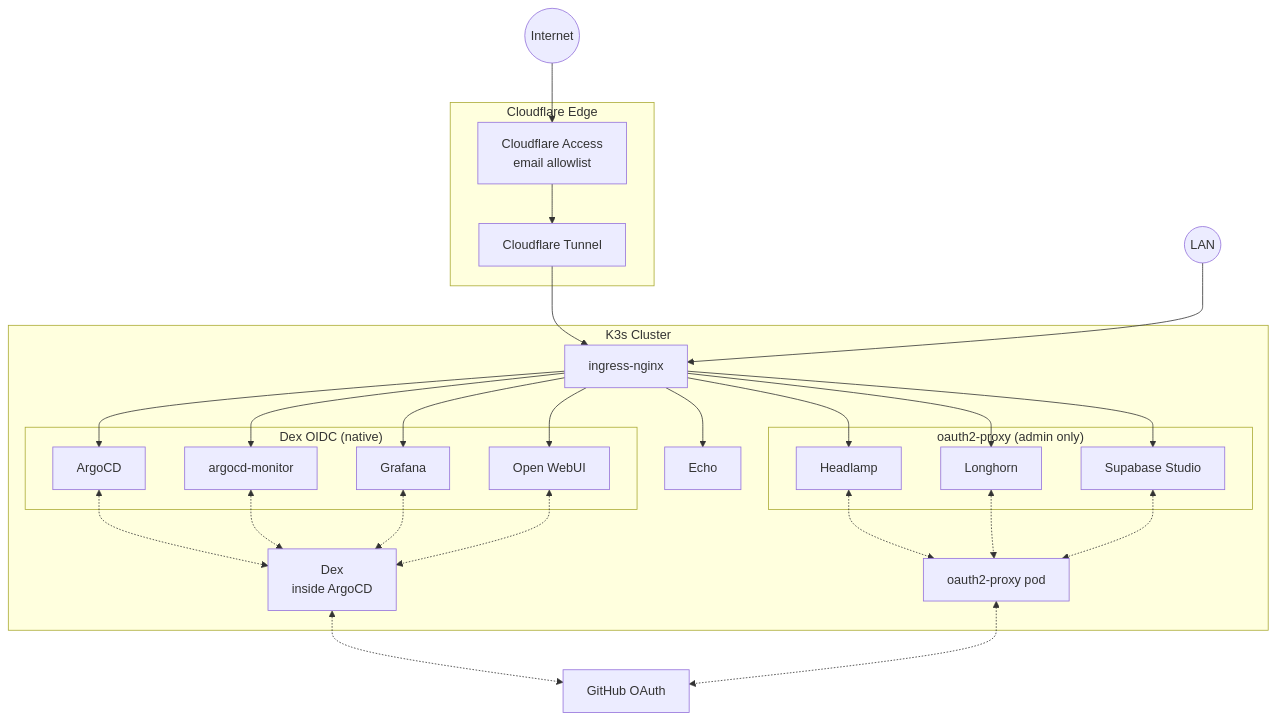
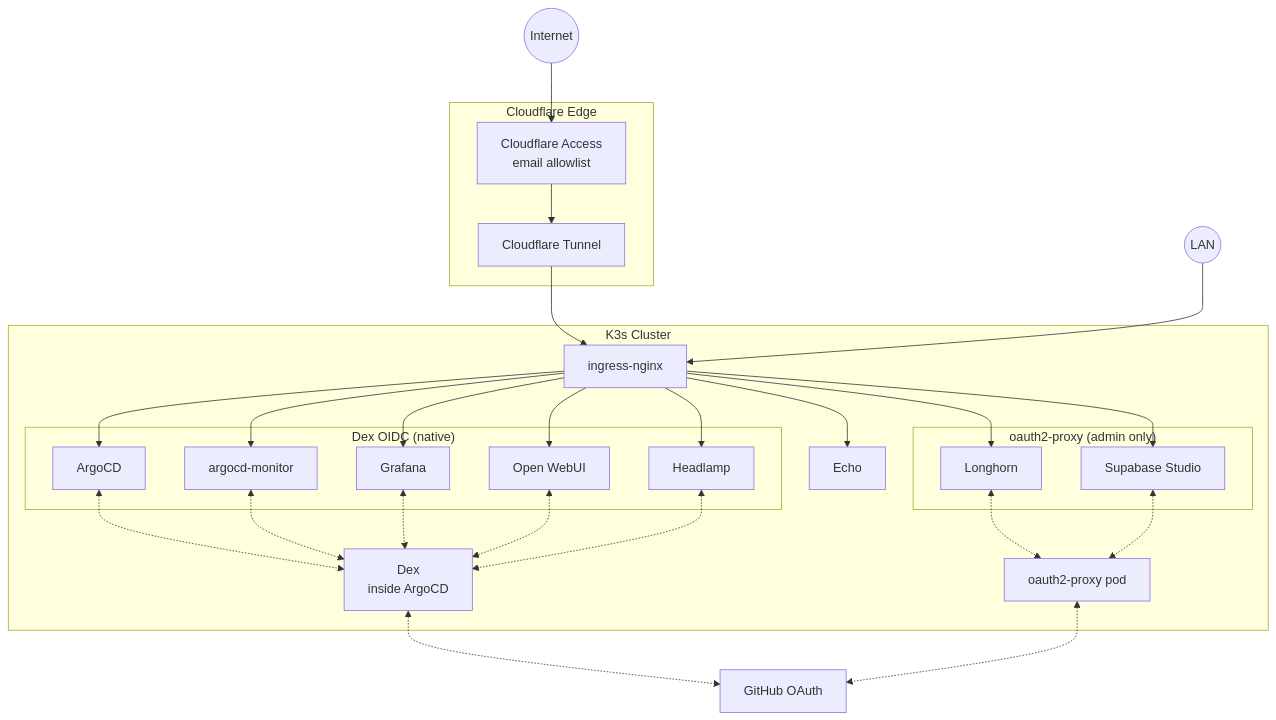
One commit to gilesknap/tpi-k3s-ansible changed the sixth of 6 diagrams in docs/explanations/authentication.md. Above: the diagram before and after it, drawn with Mermaid. The commit also changed other lines of this file and 11 other files, not shown here.

First line of the commit message:
feat: switch Headlamp from oauth2-proxy to Dex OIDC (#278)

````diff
--- a/docs/explanations/authentication.md
+++ b/docs/explanations/authentication.md
@@ -236,57 +250,57 @@
 ```{mermaid}
 flowchart TB
     Internet((Internet))
     LAN((LAN))
 
     subgraph Cloudflare["Cloudflare Edge"]
         CFA[Cloudflare Access<br/>email allowlist]
         CFT[Cloudflare Tunnel]
     end
 
     subgraph Cluster["K3s Cluster"]
         NGINX[ingress-nginx]
 
         subgraph DexAuth["Dex OIDC (native)"]
             ArgoCD
             Monitor[argocd-monitor]
             Grafana
             OpenWebUI[Open WebUI]
+            Headlamp
         end
 
         subgraph ProxyAuth["oauth2-proxy (admin only)"]
-            Headlamp
             Longhorn
             Supabase[Supabase Studio]
         end
 
         Echo
 
         OAP[oauth2-proxy pod]
         DexPod[Dex<br/>inside ArgoCD]
     end
 
     GH[GitHub OAuth]
 
     Internet --> CFA --> CFT --> NGINX
     LAN --> NGINX
 
     NGINX --> ArgoCD
     NGINX --> Monitor
     NGINX --> Grafana
     NGINX --> OpenWebUI
     NGINX --> Headlamp
     NGINX --> Longhorn
     NGINX --> Supabase
     NGINX --> Echo
 
     ArgoCD <-.-> DexPod
     Monitor <-.-> DexPod
     Grafana <-.-> DexPod
     OpenWebUI <-.-> DexPod
-    Headlamp <-.-> OAP
+    Headlamp <-.-> DexPod
     Longhorn <-.-> OAP
     Supabase <-.-> OAP
 
     DexPod <-.-> GH
     OAP <-.-> GH
 ```
````
